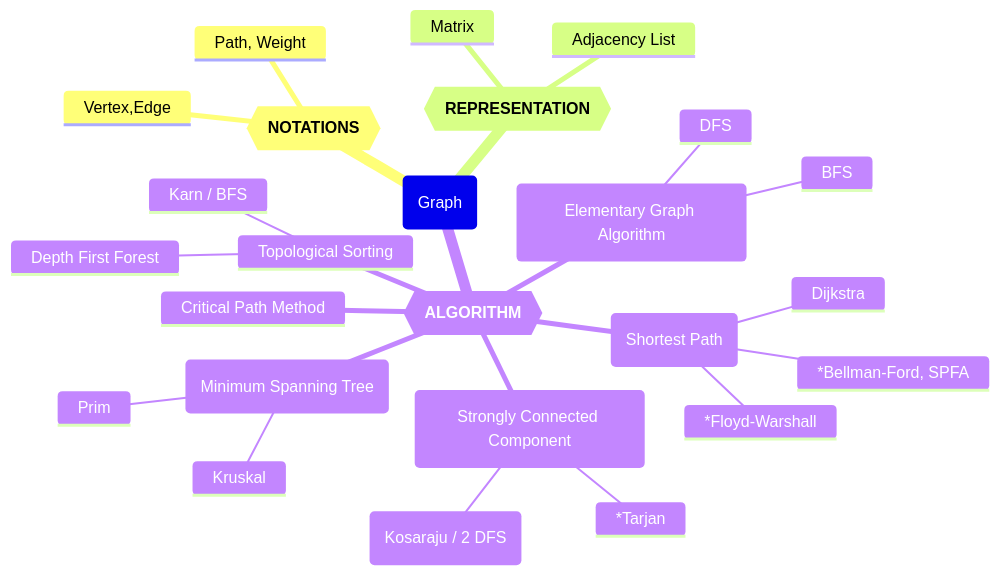
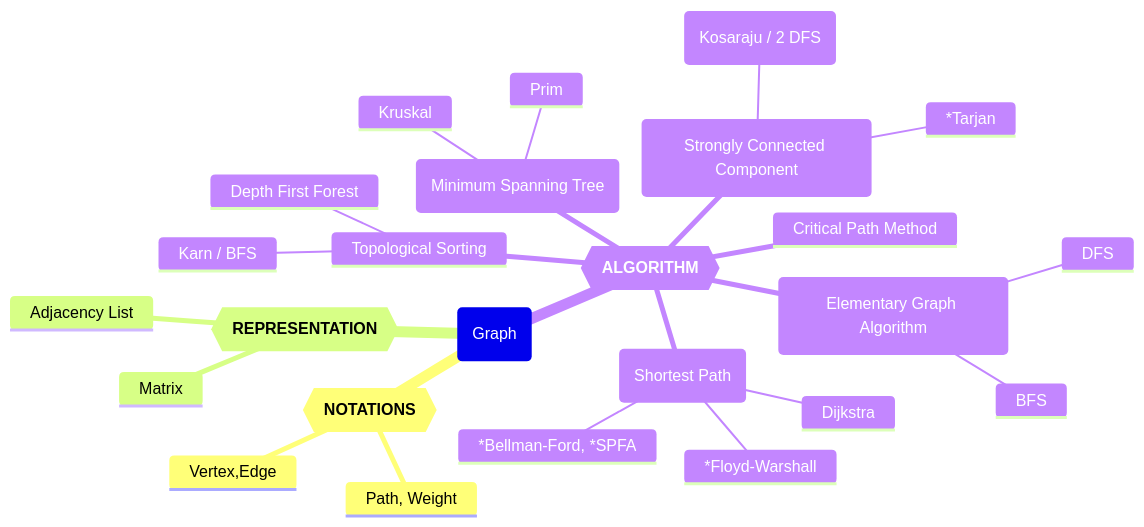
The diagram in 20250421_week10-13_graph.md (GMyhf/2025spring-cs201), drawn with Mermaid before and after one commit. The commit also changed other lines of this file, not shown here.

````diff
--- a/20250421_week10-13_graph.md
+++ b/20250421_week10-13_graph.md
@@ -29,32 +29,32 @@
 ```mermaid
 mindmap
   Graph (Graph)
     Notation{{**NOTATIONS**}}
     	Vertex,Edge
     	Path, Weight
       
     Representation{{**REPRESENTATION**}}
       Matrix
       Adjacency List
       
     Algorithm{{**ALGORITHM**}}
     	Elementary Graph Algorithms(Elementary Graph Algorithm)
     		BFS
     		DFS
     	Shortest Path(Shortest Path)
     		Dijkstra
-    		*Bellman-Ford, SPFA
+    		*Bellman-Ford, *SPFA
     		*Floyd-Warshall 
     	Topological Sorting
     		Depth First Forest
     		Karn / BFS
     	Critical Path Method
     	MST(Minimum Spanning Tree)
     		Prim
     		Kruskal
     	SCC(Strongly Connected Component)
     		Kosaraju(Kosaraju / 2 DFS)
     		*Tarjan
       
 
 ```
````
